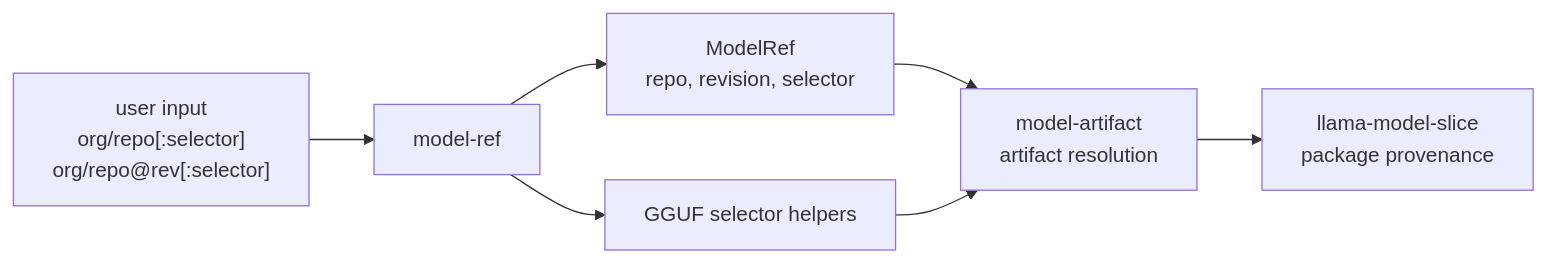
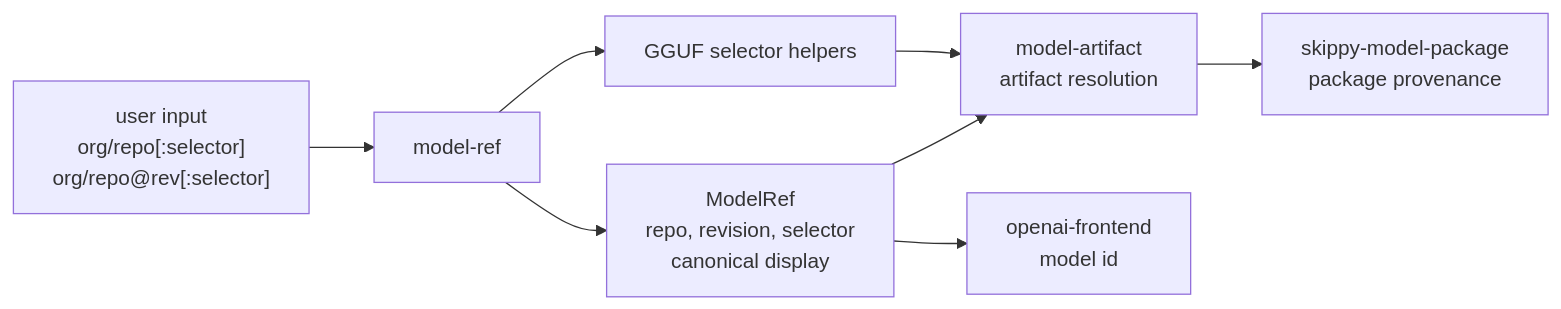
One commit to michaelneale/mesh-llm changed the diagram in crates/model-ref/README.md. Above: the diagram before and after it, drawn with Mermaid. The commit also changed other lines of this file and 16 other files, not shown here.

Commit message:
Refactor documentation across crates for mesh-driven architecture, OpenAI API integration, and staged runtime updates.

````diff
--- a/crates/model-ref/README.md
+++ b/crates/model-ref/README.md
@@ -15,9 +15,10 @@
 ```mermaid
 flowchart LR
     U["user input<br/>org/repo[:selector]<br/>org/repo@rev[:selector]"] --> R["model-ref"]
-    R --> M["ModelRef<br/>repo, revision, selector"]
+    R --> M["ModelRef<br/>repo, revision, selector<br/>canonical display"]
     R --> Q["GGUF selector helpers"]
     M --> A["model-artifact<br/>artifact resolution"]
     Q --> A
-    A --> P["llama-model-slice<br/>package provenance"]
+    A --> P["skippy-model-package<br/>package provenance"]
+    M --> O["openai-frontend<br/>model id"]
 ```
````
